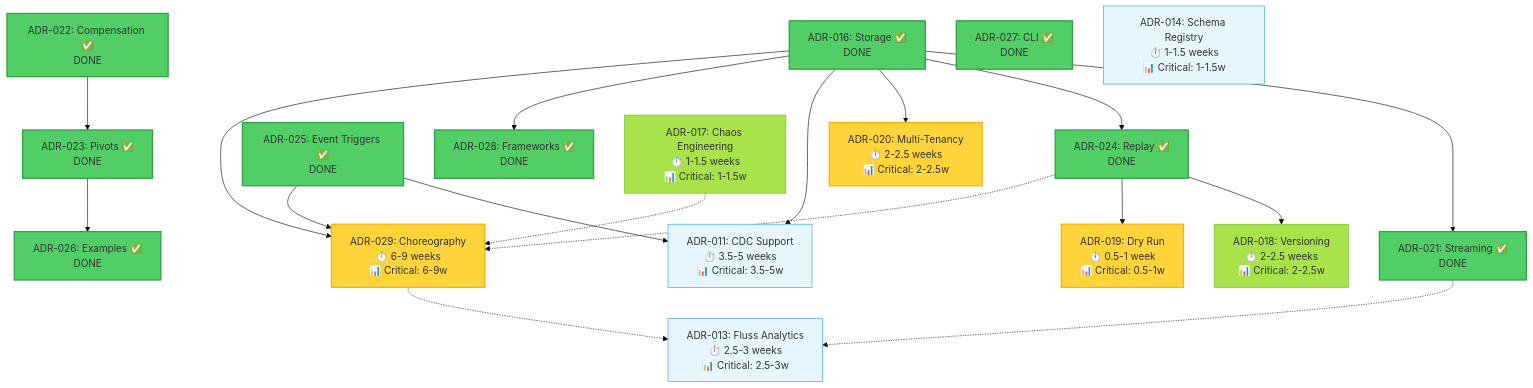
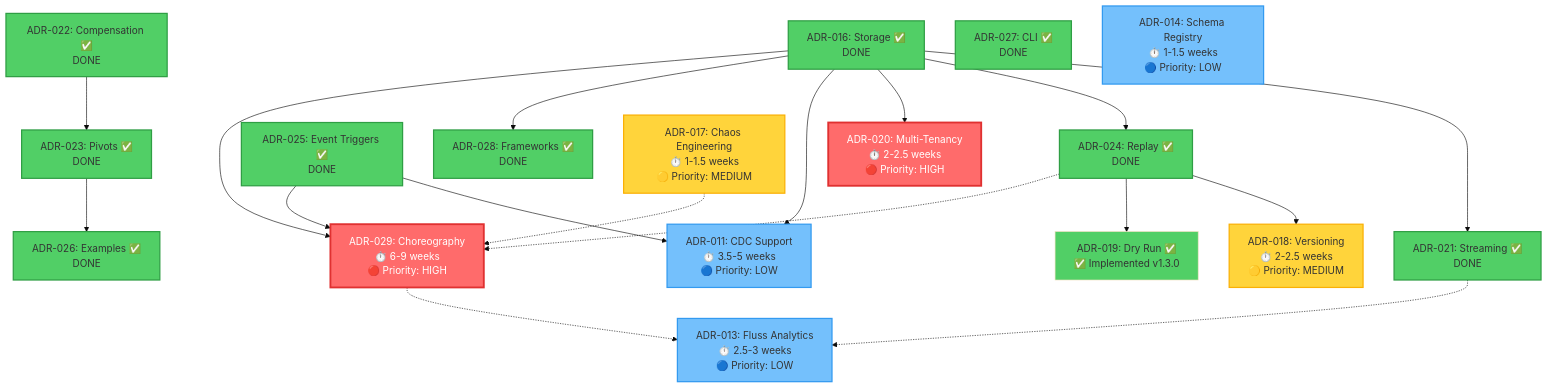
The second of 2 diagrams in docs/architecture/adr-roadmap-dependencies.md (brunolnetto/sagaz), drawn with Mermaid (base theme) before and after one commit. The commit also changed other lines of this file and 61 other files, not shown here.

````diff
--- a/docs/architecture/adr-roadmap-dependencies.md
+++ b/docs/architecture/adr-roadmap-dependencies.md
@@ -87,71 +93,75 @@
 ```mermaid
 graph TD
     %% Implemented ADRs (no duration needed)
     ADR016["ADR-016: Storage ✅<br/>DONE"]
     ADR021["ADR-021: Streaming ✅<br/>DONE"]
     ADR022["ADR-022: Compensation ✅<br/>DONE"]
     ADR023["ADR-023: Pivots ✅<br/>DONE"]
     ADR024["ADR-024: Replay ✅<br/>DONE"]
     ADR025["ADR-025: Event Triggers ✅<br/>DONE"]
     ADR026["ADR-026: Examples ✅<br/>DONE"]
     ADR027["ADR-027: CLI ✅<br/>DONE"]
     ADR028["ADR-028: Frameworks ✅<br/>DONE"]
     
-    %% Proposed ADRs with durations (AI-supported estimates)
-    ADR011["ADR-011: CDC Support<br/>⏱️ 3.5-5 weeks<br/>📊 Critical: 3.5-5w"]
-    ADR013["ADR-013: Fluss Analytics<br/>⏱️ 2.5-3 weeks<br/>📊 Critical: 2.5-3w"]
-    ADR014["ADR-014: Schema Registry<br/>⏱️ 1-1.5 weeks<br/>📊 Critical: 1-1.5w"]
-    ADR017["ADR-017: Chaos Engineering<br/>⏱️ 1-1.5 weeks<br/>📊 Critical: 1-1.5w"]
-    ADR018["ADR-018: Versioning<br/>⏱️ 2-2.5 weeks<br/>📊 Critical: 2-2.5w"]
-    ADR019["ADR-019: Dry Run<br/>⏱️ 0.5-1 week<br/>📊 Critical: 0.5-1w"]
-    ADR020["ADR-020: Multi-Tenancy<br/>⏱️ 2-2.5 weeks<br/>📊 Critical: 2-2.5w"]
-    ADR029["ADR-029: Choreography<br/>⏱️ 6-9 weeks<br/>📊 Critical: 6-9w"]
+    %% Proposed ADRs with durations and priority
+    ADR011["ADR-011: CDC Support<br/>⏱️ 3.5-5 weeks<br/>🔵 Priority: LOW"]
+    ADR013["ADR-013: Fluss Analytics<br/>⏱️ 2.5-3 weeks<br/>🔵 Priority: LOW"]
+    ADR014["ADR-014: Schema Registry<br/>⏱️ 1-1.5 weeks<br/>🔵 Priority: LOW"]
+    ADR017["ADR-017: Chaos Engineering<br/>⏱️ 1-1.5 weeks<br/>🟡 Priority: MEDIUM"]
+    ADR018["ADR-018: Versioning<br/>⏱️ 2-2.5 weeks<br/>🟡 Priority: MEDIUM"]
+    ADR019["ADR-019: Dry Run ✅<br/>✅ Implemented v1.3.0"]
+    ADR020["ADR-020: Multi-Tenancy<br/>⏱️ 2-2.5 weeks<br/>🔴 Priority: HIGH"]
+    ADR029["ADR-029: Choreography<br/>⏱️ 6-9 weeks<br/>🔴 Priority: HIGH"]
     
     %% Storage dependencies
     ADR016 --> ADR021
     ADR016 --> ADR024
     ADR016 --> ADR020
     ADR016 --> ADR011
     ADR016 --> ADR028
     ADR016 --> ADR029
     
     %% Event trigger dependencies
     ADR025 --> ADR011
     ADR025 --> ADR029
     
     %% Compensation chain
     ADR022 --> ADR023
     ADR023 --> ADR026
     
     %% Replay dependencies
     ADR024 --> ADR018
     ADR024 --> ADR019
     
     %% Optional synergies (dotted lines)
     ADR021 -.-> ADR013
     ADR029 -.-> ADR013
     ADR017 -.-> ADR029
     ADR024 -.-> ADR029
     
-    %% Styling
+    %% Styling - Color by Status and Priority
+    %% Green = Implemented
     style ADR016 fill:#51cf66,stroke:#2f9e44,stroke-width:2px
     style ADR021 fill:#51cf66,stroke:#2f9e44,stroke-width:2px
     style ADR022 fill:#51cf66,stroke:#2f9e44,stroke-width:2px
     style ADR023 fill:#51cf66,stroke:#2f9e44,stroke-width:2px
     style ADR024 fill:#51cf66,stroke:#2f9e44,stroke-width:2px
     style ADR025 fill:#51cf66,stroke:#2f9e44,stroke-width:2px
     style ADR026 fill:#51cf66,stroke:#2f9e44,stroke-width:2px
     style ADR027 fill:#51cf66,stroke:#2f9e44,stroke-width:2px
     style ADR028 fill:#51cf66,stroke:#2f9e44,stroke-width:2px
+    style ADR019 fill:#51cf66
     
-    style ADR019 fill:#ffd43b,stroke:#fab005,stroke-width:2px
-    style ADR020 fill:#ffd43b,stroke:#fab005,stroke-width:2px
-    style ADR029 fill:#ffd43b,stroke:#fab005,stroke-width:2px
+    %% Red = High Priority (CRITICAL)
+    style ADR020 fill:#ff6b6b,stroke:#e03131,stroke-width:3px,color:#fff
+    style ADR029 fill:#ff6b6b,stroke:#e03131,stroke-width:3px,color:#fff
     
-    style ADR017 fill:#a9e34b,stroke:#74b816,stroke-width:1px
-    style ADR018 fill:#a9e34b,stroke:#74b816,stroke-width:1px
+    %% Yellow = Medium Priority
+    style ADR017 fill:#ffd43b,stroke:#fab005,stroke-width:2px
+    style ADR018 fill:#ffd43b,stroke:#fab005,stroke-width:2px
     
-    style ADR011 fill:#e7f5ff,stroke:#339af0,stroke-width:1px
-    style ADR013 fill:#e7f5ff,stroke:#339af0,stroke-width:1px
-    style ADR014 fill:#e7f5ff,stroke:#339af0,stroke-width:1px
+    %% Blue = Low Priority (OPTIONAL)
+    style ADR011 fill:#74c0fc,stroke:#339af0,stroke-width:2px
+    style ADR013 fill:#74c0fc,stroke:#339af0,stroke-width:2px
+    style ADR014 fill:#74c0fc,stroke:#339af0,stroke-width:2px
 ```
````
